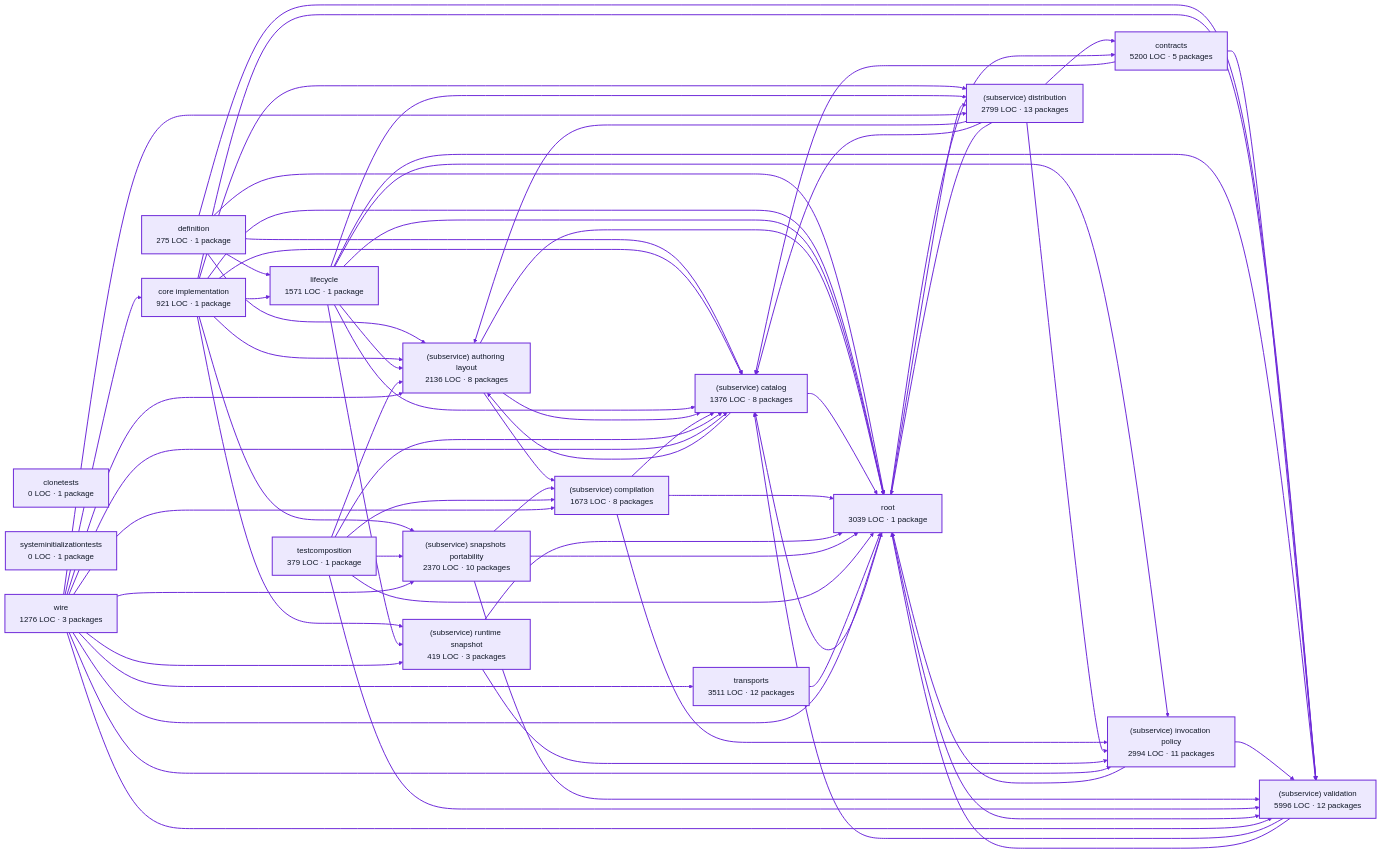
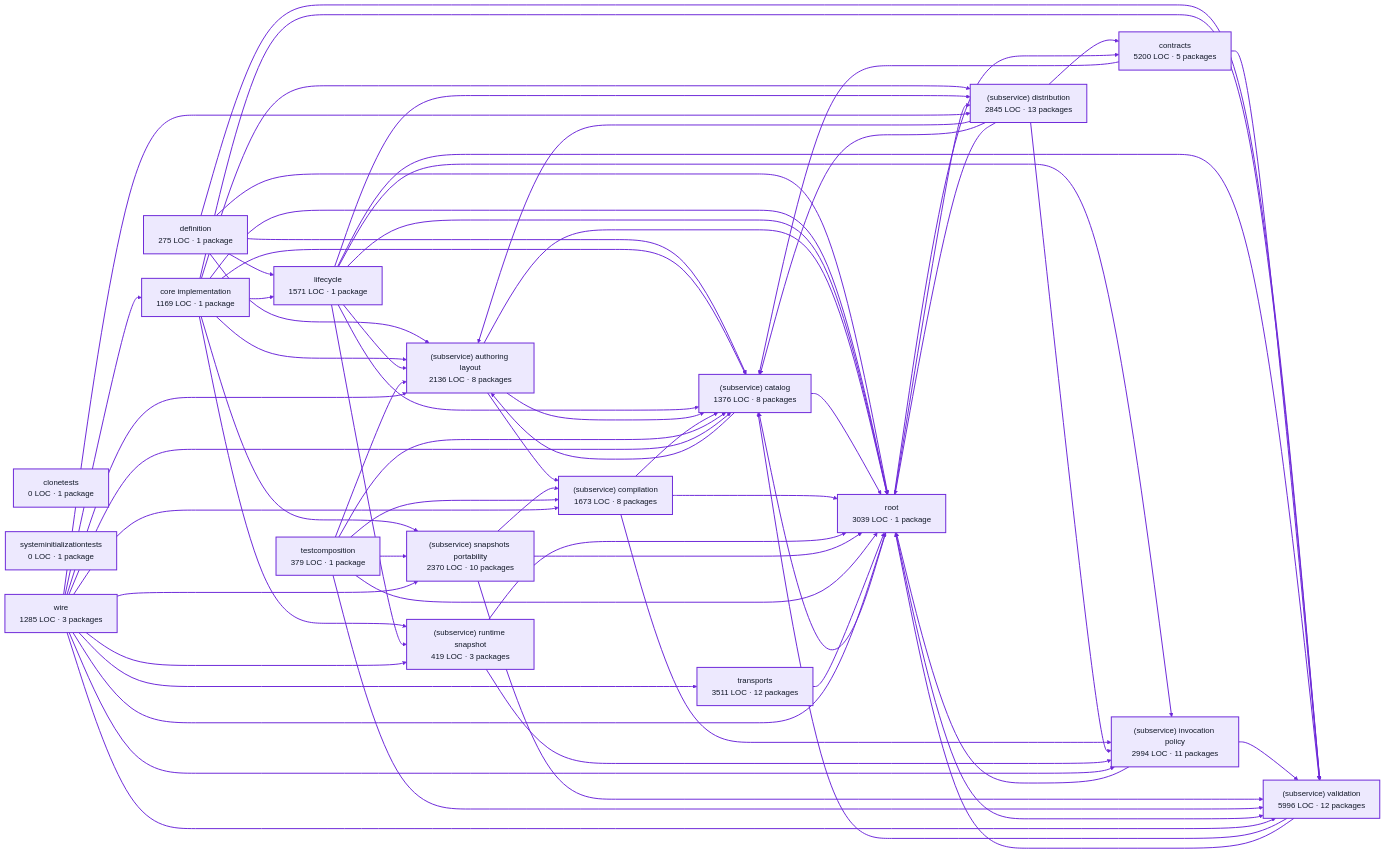
The diagram in docs/architecture/visualizations/services/factory_definitions.md (portpowered/you-agent-factory), drawn with Mermaid before and after one commit. The commit also changed other lines of this file and 20 other files, not shown here.

Commit message:
docs: refresh backend architecture visualizations

```diff
--- a/docs/architecture/visualizations/services/factory_definitions.md
+++ b/docs/architecture/visualizations/services/factory_definitions.md
@@ -12,13 +12,13 @@
 flowchart LR
   p0["clonetests<br/>0 LOC · 1 package"]
   p1["definition<br/>275 LOC · 1 package"]
-  p2["core implementation<br/>921 LOC · 1 package"]
+  p2["core implementation<br/>1169 LOC · 1 package"]
   p3["contracts<br/>5200 LOC · 5 packages"]
   p4["lifecycle<br/>1571 LOC · 1 package"]
   p5["(subservice) authoring layout<br/>2136 LOC · 8 packages"]
   p6["(subservice) catalog<br/>1376 LOC · 8 packages"]
   p7["(subservice) compilation<br/>1673 LOC · 8 packages"]
-  p8["(subservice) distribution<br/>2799 LOC · 13 packages"]
+  p8["(subservice) distribution<br/>2845 LOC · 13 packages"]
   p9["(subservice) invocation policy<br/>2994 LOC · 11 packages"]
   p10["(subservice) runtime snapshot<br/>419 LOC · 3 packages"]
   p11["(subservice) snapshots portability<br/>2370 LOC · 10 packages"]
@@ -27,7 +27,7 @@
   p14["root<br/>3039 LOC · 1 package"]
   p15["systeminitializationtests<br/>0 LOC · 1 package"]
   p16["transports<br/>3511 LOC · 12 packages"]
-  p17["wire<br/>1276 LOC · 3 packages"]
+  p17["wire<br/>1285 LOC · 3 packages"]
   p1 --> p4
   p1 --> p5
   p1 --> p6
```
